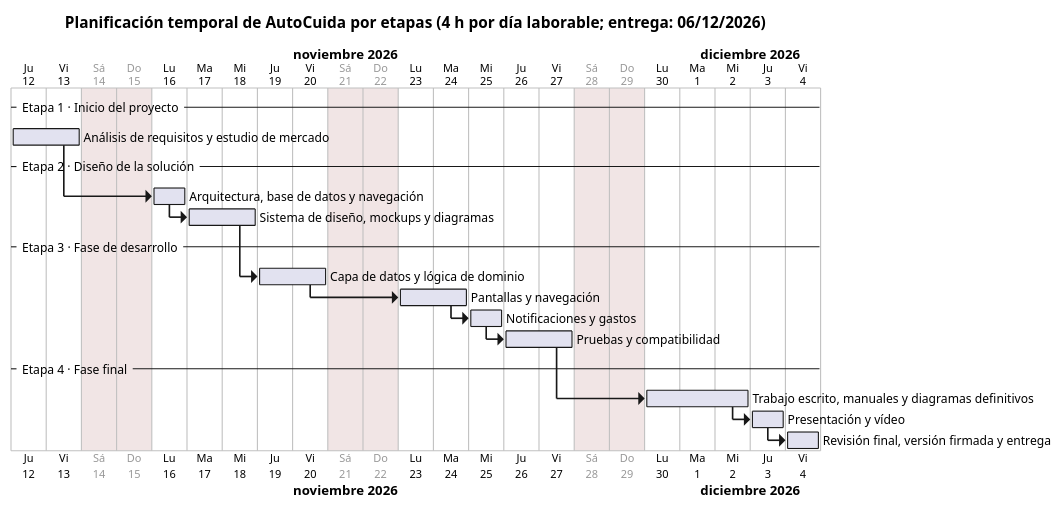
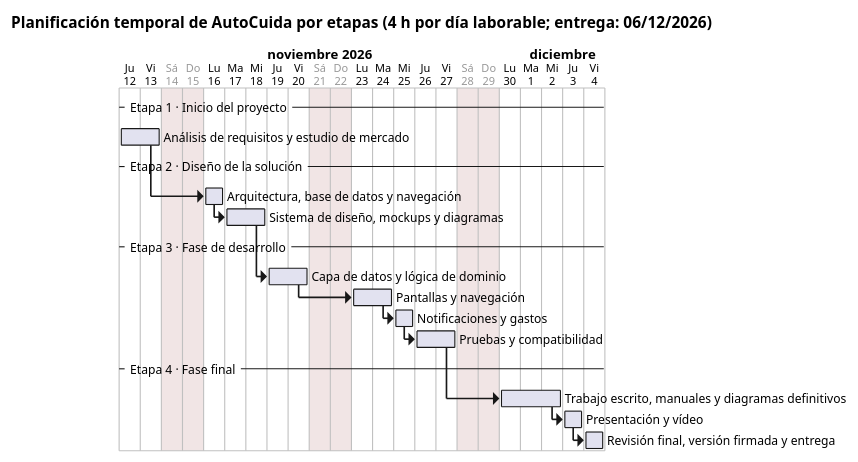
The diagram in documentacion/diagramas/07_gantt.puml (LilShaolin/AutoCuida), drawn with PlantUML before and after one commit. The commit also changed 21 other files, not shown here.

```diff
--- a/documentacion/diagramas/07_gantt.puml
+++ b/documentacion/diagramas/07_gantt.puml
@@ -1,36 +1,37 @@
 @startgantt 07_gantt
 title Planificación temporal de AutoCuida por etapas (4 h por día laborable; entrega: 06/12/2026)
 skinparam defaultFontName Arial
 language es
-printscale daily zoom 2
+hide footbox
+printscale daily zoom 1.2
 saturday are closed
 sunday are closed
 Project starts 2026-11-12
 
 -- Etapa 1 · Inicio del proyecto --
 [Análisis de requisitos y estudio de mercado] as [A1] lasts 2 days
 
 -- Etapa 2 · Diseño de la solución --
 [Arquitectura, base de datos y navegación] as [D1] lasts 1 day
 [D1] starts at [A1]'s end
 [Sistema de diseño, mockups y diagramas] as [D2] lasts 2 days
 [D2] starts at [D1]'s end
 
 -- Etapa 3 · Fase de desarrollo --
 [Capa de datos y lógica de dominio] as [I1] lasts 2 days
 [I1] starts at [D2]'s end
 [Pantallas y navegación] as [I2] lasts 2 days
 [I2] starts at [I1]'s end
 [Notificaciones y gastos] as [I3] lasts 1 day
 [I3] starts at [I2]'s end
 [Pruebas y compatibilidad] as [I4] lasts 2 days
 [I4] starts at [I3]'s end
 
 -- Etapa 4 · Fase final --
 [Trabajo escrito, manuales y diagramas definitivos] as [F1] lasts 3 days
 [F1] starts at [I4]'s end
 [Presentación y vídeo] as [F2] lasts 1 day
 [F2] starts at [F1]'s end
 [Revisión final, versión firmada y entrega] as [F3] lasts 1 day
 [F3] starts at [F2]'s end
 @endgantt
```
